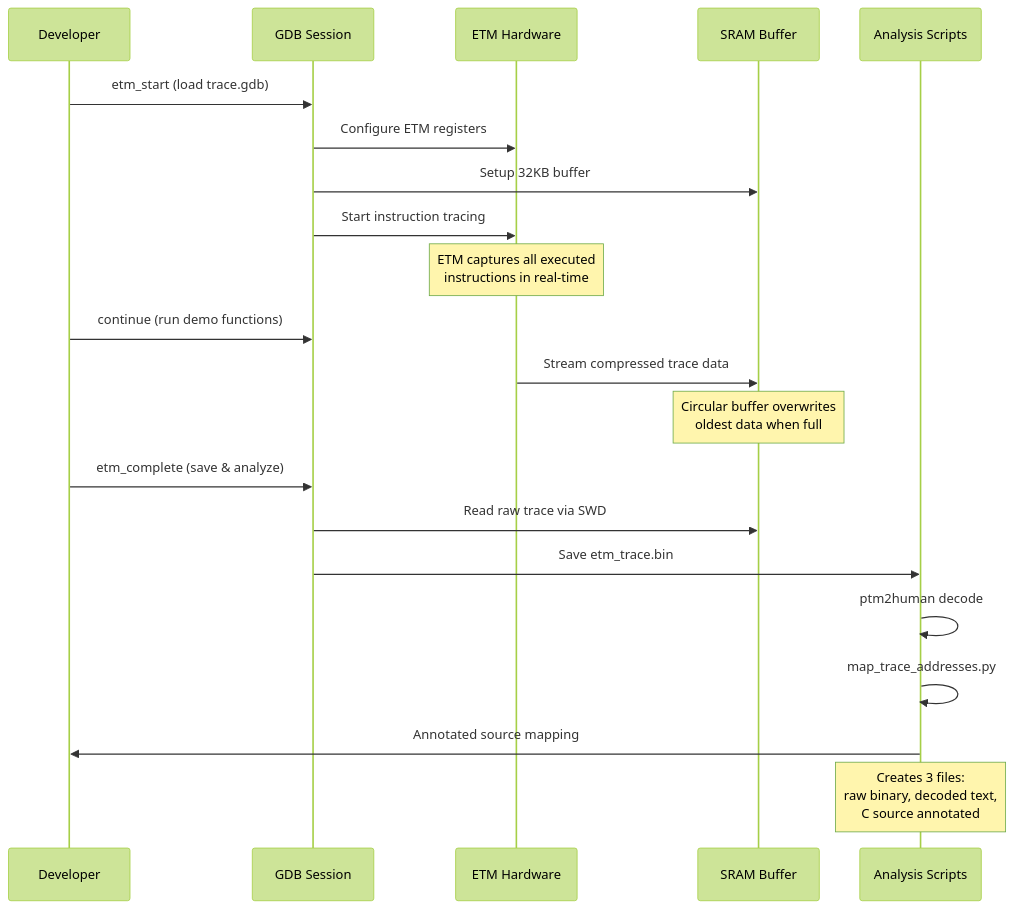
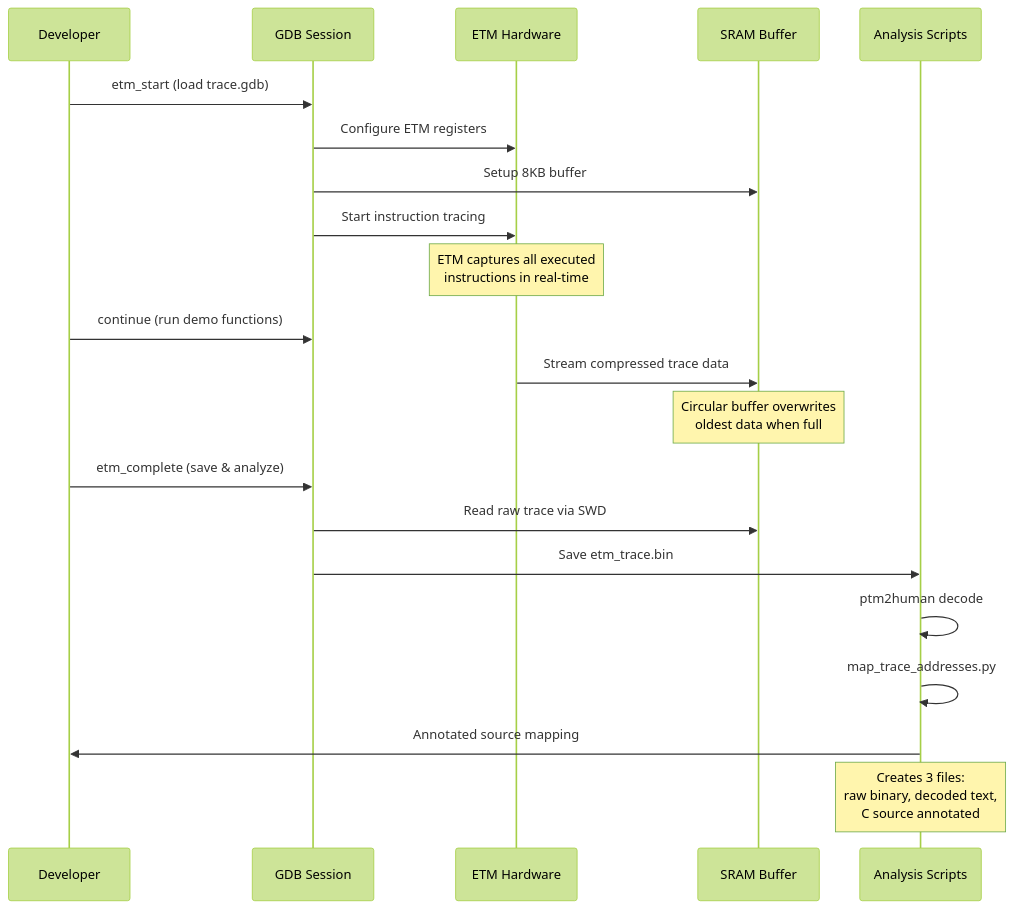
Before and after one commit to Tabrez-dev/pico2-etm: the second of 3 diagrams in README.md, drawn with Mermaid (forest theme). The commit also changed other lines of this file, not shown here.

````diff
--- a/README.md
+++ b/README.md
@@ -63,28 +63,28 @@
 ```mermaid
 sequenceDiagram
     participant User as Developer
     participant GDB as GDB Session
     participant ETM as ETM Hardware
     participant Buffer as SRAM Buffer
     participant Scripts as Analysis Scripts
     
     User->>GDB: etm_start (load trace.gdb)
     GDB->>ETM: Configure ETM registers
-    GDB->>Buffer: Setup 32KB buffer
+    GDB->>Buffer: Setup 8KB buffer
     GDB->>ETM: Start instruction tracing
     Note over ETM: ETM captures all executed<br/>instructions in real-time
     
     User->>GDB: continue (run demo functions)
     ETM->>Buffer: Stream compressed trace data
     Note over Buffer: Circular buffer overwrites<br/>oldest data when full
     
     User->>GDB: etm_complete (save & analyze)
     GDB->>Buffer: Read raw trace via SWD
     GDB->>Scripts: Save etm_trace.bin
     
     Scripts->>Scripts: ptm2human decode
     Scripts->>Scripts: map_trace_addresses.py
     Scripts->>User: Annotated source mapping
     
     Note over Scripts: Creates 3 files:<br/>raw binary, decoded text,<br/>C source annotated
 ```
````
